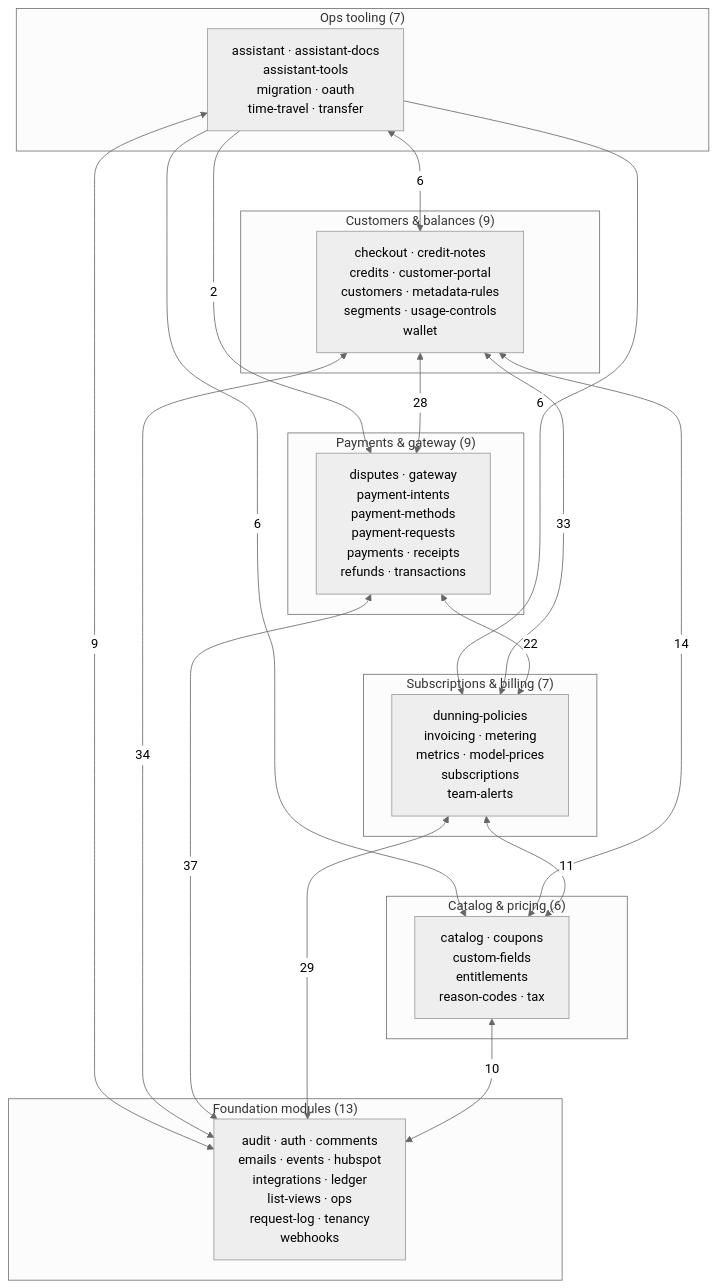
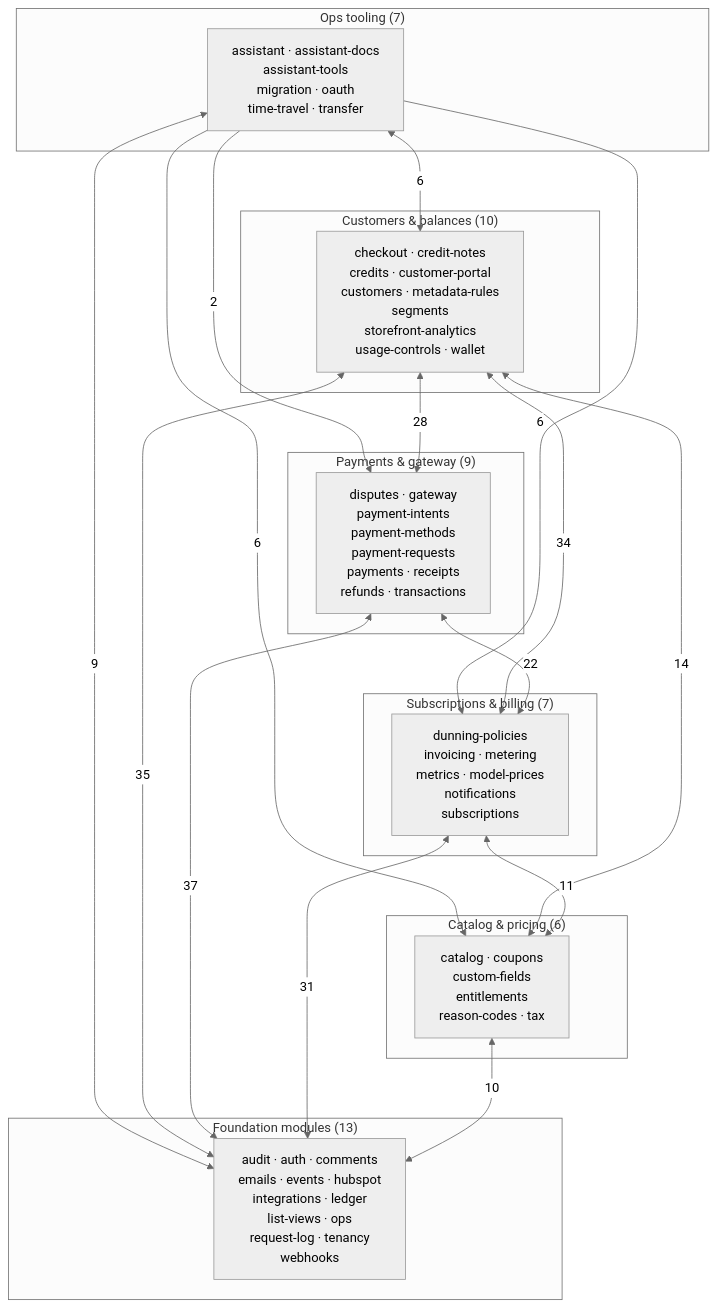
Before and after one commit to gox-ai/two-minute-billing: the third of 3 diagrams in docs/ARCHITECTURE.md, drawn with Mermaid (neutral theme). The commit also changed other lines of this file and 985 other files, not shown here.

````diff
--- a/docs/ARCHITECTURE.md
+++ b/docs/ARCHITECTURE.md
@@ -371,35 +371,35 @@
 ```mermaid
 flowchart TB
   subgraph sg_tooling["Ops tooling (7)"]
     tooling["assistant · assistant-docs<br/>assistant-tools<br/>migration · oauth<br/>time-travel · transfer"]
   end
-  subgraph sg_customer["Customers & balances (9)"]
-    customer["checkout · credit-notes<br/>credits · customer-portal<br/>customers · metadata-rules<br/>segments · usage-controls<br/>wallet"]
+  subgraph sg_customer["Customers & balances (10)"]
+    customer["checkout · credit-notes<br/>credits · customer-portal<br/>customers · metadata-rules<br/>segments<br/>storefront-analytics<br/>usage-controls · wallet"]
   end
   subgraph sg_payments["Payments & gateway (9)"]
     payments["disputes · gateway<br/>payment-intents<br/>payment-methods<br/>payment-requests<br/>payments · receipts<br/>refunds · transactions"]
   end
   subgraph sg_billing["Subscriptions & billing (7)"]
-    billing["dunning-policies<br/>invoicing · metering<br/>metrics · model-prices<br/>subscriptions<br/>team-alerts"]
+    billing["dunning-policies<br/>invoicing · metering<br/>metrics · model-prices<br/>notifications<br/>subscriptions"]
   end
   subgraph sg_catalog["Catalog & pricing (6)"]
     catalog["catalog · coupons<br/>custom-fields<br/>entitlements<br/>reason-codes · tax"]
   end
   subgraph sg_foundation["Foundation modules (13)"]
     foundation["audit · auth · comments<br/>emails · events · hubspot<br/>integrations · ledger<br/>list-views · ops<br/>request-log · tenancy<br/>webhooks"]
   end
   tooling <-->|6| customer
   tooling -->|2| payments
   tooling -->|6| billing
   tooling -->|6| catalog
   tooling <-->|9| foundation
   customer <-->|28| payments
-  customer <-->|33| billing
+  customer <-->|34| billing
   customer <-->|14| catalog
-  customer <-->|34| foundation
+  customer <-->|35| foundation
   payments <-->|22| billing
   payments <-->|37| foundation
   billing <-->|11| catalog
-  billing <-->|29| foundation
+  billing <-->|31| foundation
   catalog <-->|10| foundation
 ```
````
